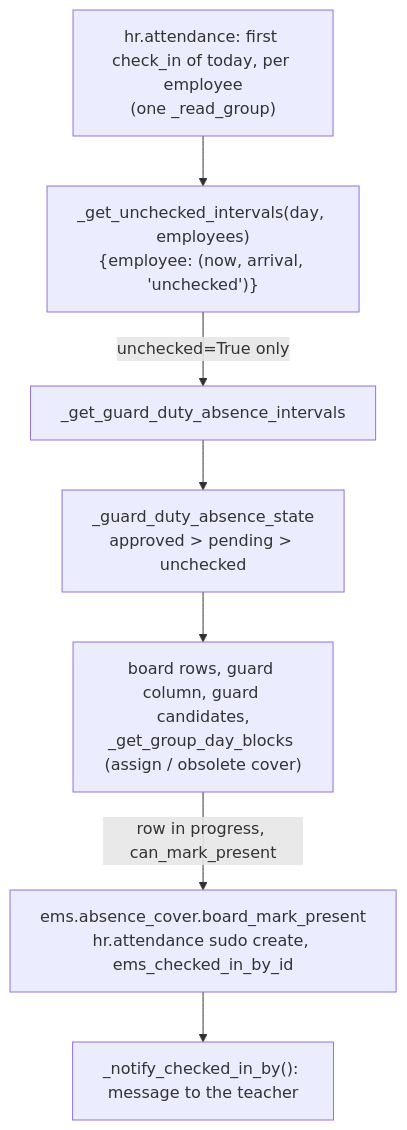
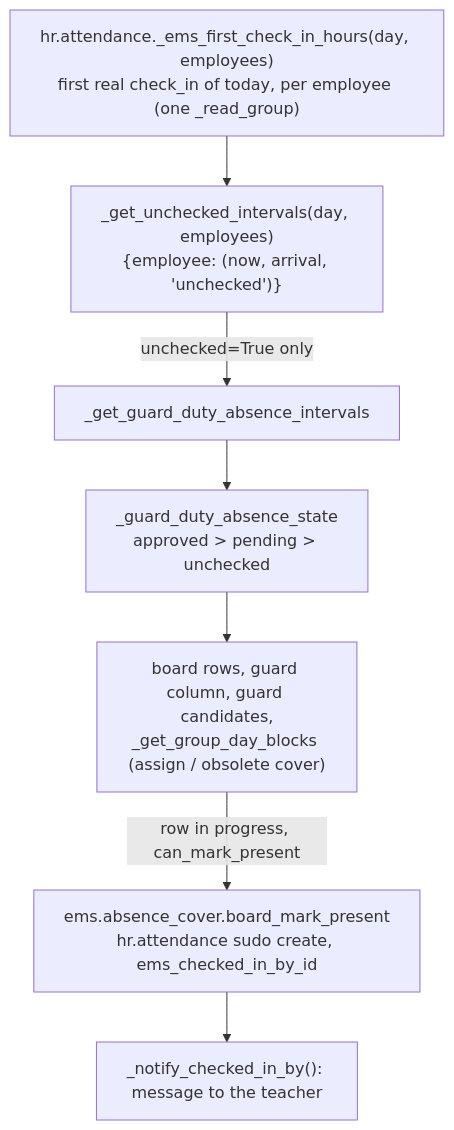
The sixth of 6 diagrams in docs/en/developers/attendance/guard_duty_board.md (ElPuig/EMS), drawn with Mermaid before and after one commit. The commit also changed other lines of this file and 21 other files, not shown here.

````diff
--- a/docs/en/developers/attendance/guard_duty_board.md
+++ b/docs/en/developers/attendance/guard_duty_board.md
@@ -1386,9 +1387,9 @@
 ```mermaid
 flowchart TD
-    ATT["hr.attendance: first check_in of today, per employee<br/>(one _read_group)"] --> UI["_get_unchecked_intervals(day, employees)<br/>{employee: (now, arrival, 'unchecked')}"]
+    ATT["hr.attendance._ems_first_check_in_hours(day, employees)<br/>first real check_in of today, per employee (one _read_group)"] --> UI["_get_unchecked_intervals(day, employees)<br/>{employee: (now, arrival, 'unchecked')}"]
     UI -->|"unchecked=True only"| INT["_get_guard_duty_absence_intervals"]
     INT --> ST["_guard_duty_absence_state<br/>approved > pending > unchecked"]
     ST --> ROWS["board rows, guard column, guard candidates,<br/>_get_group_day_blocks (assign / obsolete cover)"]
     ROWS -->|"row in progress, can_mark_present"| MP["ems.absence_cover.board_mark_present<br/>hr.attendance sudo create, ems_checked_in_by_id"]
     MP --> MSG["_notify_checked_in_by(): message to the teacher"]
 ```
````
